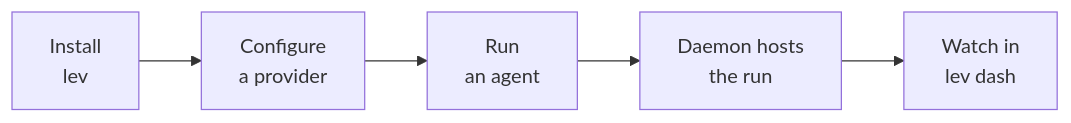
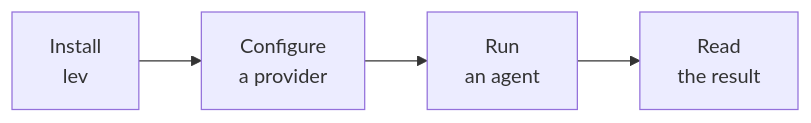
Before and after one commit to GEMISIS/leviath: the diagram in docs/content/getting-started.md, drawn with Mermaid. The commit also changed other lines of this file and 25 other files, not shown here.

````diff
--- a/docs/content/getting-started.md
+++ b/docs/content/getting-started.md
@@ -17,7 +17,6 @@
 ```mermaid
 flowchart LR
   A["Install<br/>lev"] --> B["Configure<br/>a provider"]
   B --> C["Run<br/>an agent"]
-  C --> D["Daemon hosts<br/>the run"]
-  D --> E["Watch in<br/>lev dash"]
+  C --> D["Read<br/>the result"]
 ```
````
